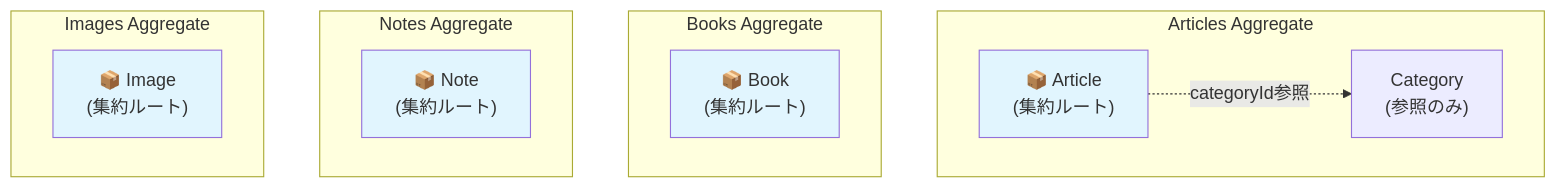
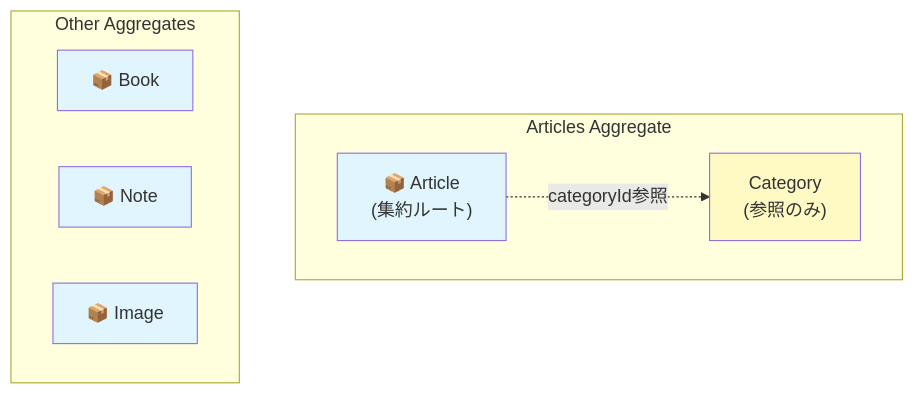
One commit to s-hirano-ist/s-private changed the fourth of 5 diagrams in docs/domain-model.md. Above: the diagram before and after it, drawn with Mermaid. The commit also changed other lines of this file and 5 other files, not shown here.

Commit message:
Remove domain classes diagram and related documentation; refactor domain model documentation for clarity and structure; delete obsolete DI container proposal document.

````diff
--- a/docs/domain-model.md
+++ b/docs/domain-model.md
@@ -231,25 +191,20 @@
 ```mermaid
 graph TB
     subgraph "Articles Aggregate"
         ArticleRoot["📦 Article<br/>(集約ルート)"]
         ArticleCategory["Category<br/>(参照のみ)"]
         ArticleRoot -.->|"categoryId参照"| ArticleCategory
     end
 
-    subgraph "Books Aggregate"
-        BookRoot["📦 Book<br/>(集約ルート)"]
-    end
-
-    subgraph "Notes Aggregate"
-        NoteRoot["📦 Note<br/>(集約ルート)"]
-    end
-
-    subgraph "Images Aggregate"
-        ImageRoot["📦 Image<br/>(集約ルート)"]
+    subgraph "Other Aggregates"
+        BookRoot["📦 Book"]
+        NoteRoot["📦 Note"]
+        ImageRoot["📦 Image"]
     end
 
     style ArticleRoot fill:#e1f5fe
     style BookRoot fill:#e1f5fe
     style NoteRoot fill:#e1f5fe
     style ImageRoot fill:#e1f5fe
+    style ArticleCategory fill:#fff9c4
 ```
````
